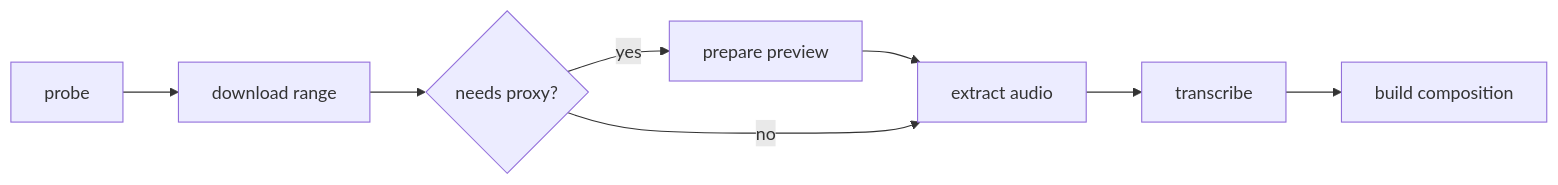
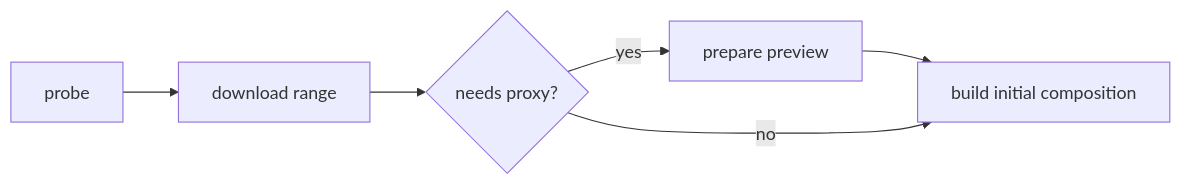
Before and after one commit to mdwipasha/clipper-helper: the second of 4 diagrams in docs/ARCHITECTURE.md, drawn with Mermaid. The commit also changed other lines of this file and 29 other files, not shown here.

````diff
--- a/docs/ARCHITECTURE.md
+++ b/docs/ARCHITECTURE.md
@@ -90,6 +90,6 @@
 ```mermaid
 flowchart LR
   A[probe] --> B[download range] --> C{needs proxy?}
-  C -- yes --> D[prepare preview] --> E
-  C -- no --> E[extract audio] --> F[transcribe] --> G[build composition]
+  C -- yes --> D[prepare preview] --> E[build initial composition]
+  C -- no --> E
 ```
````
